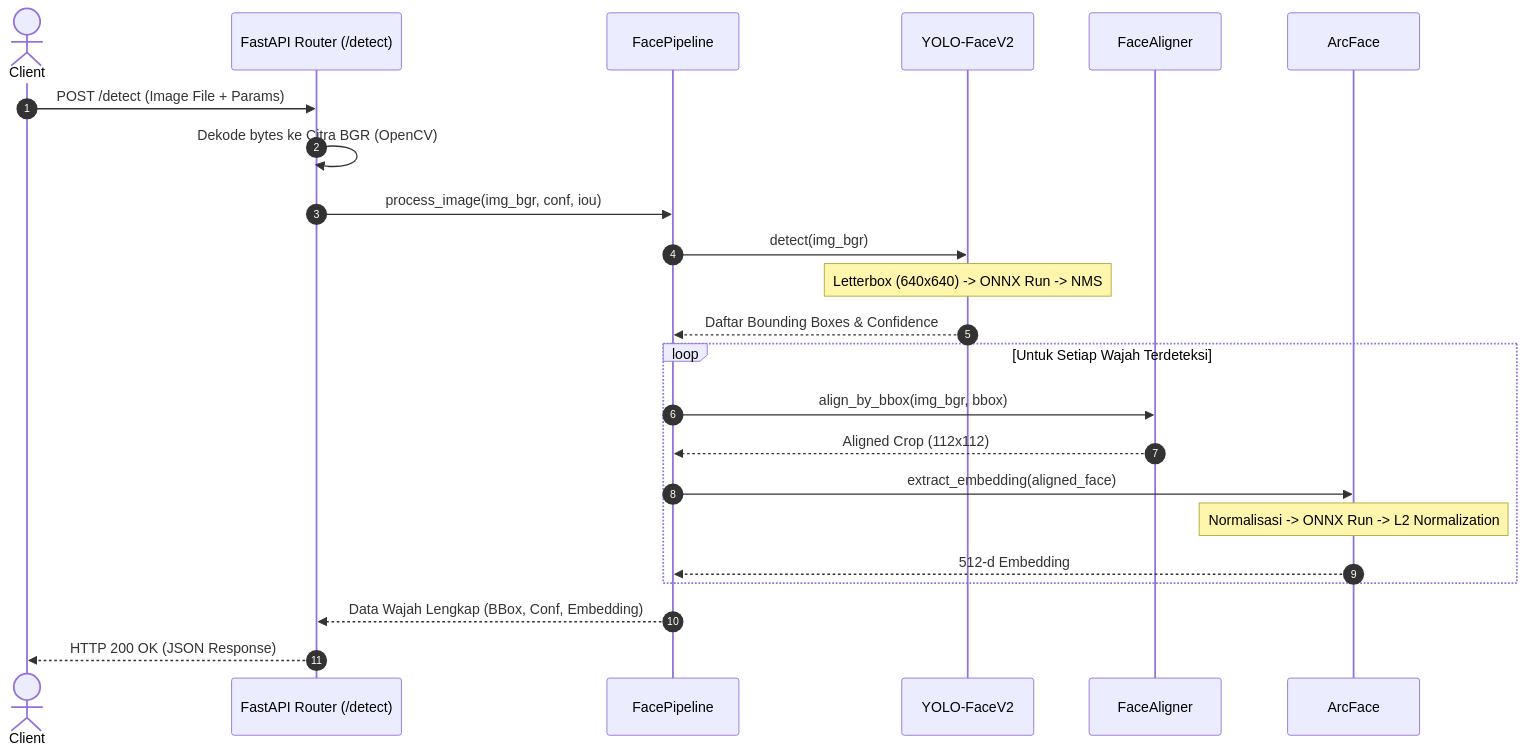
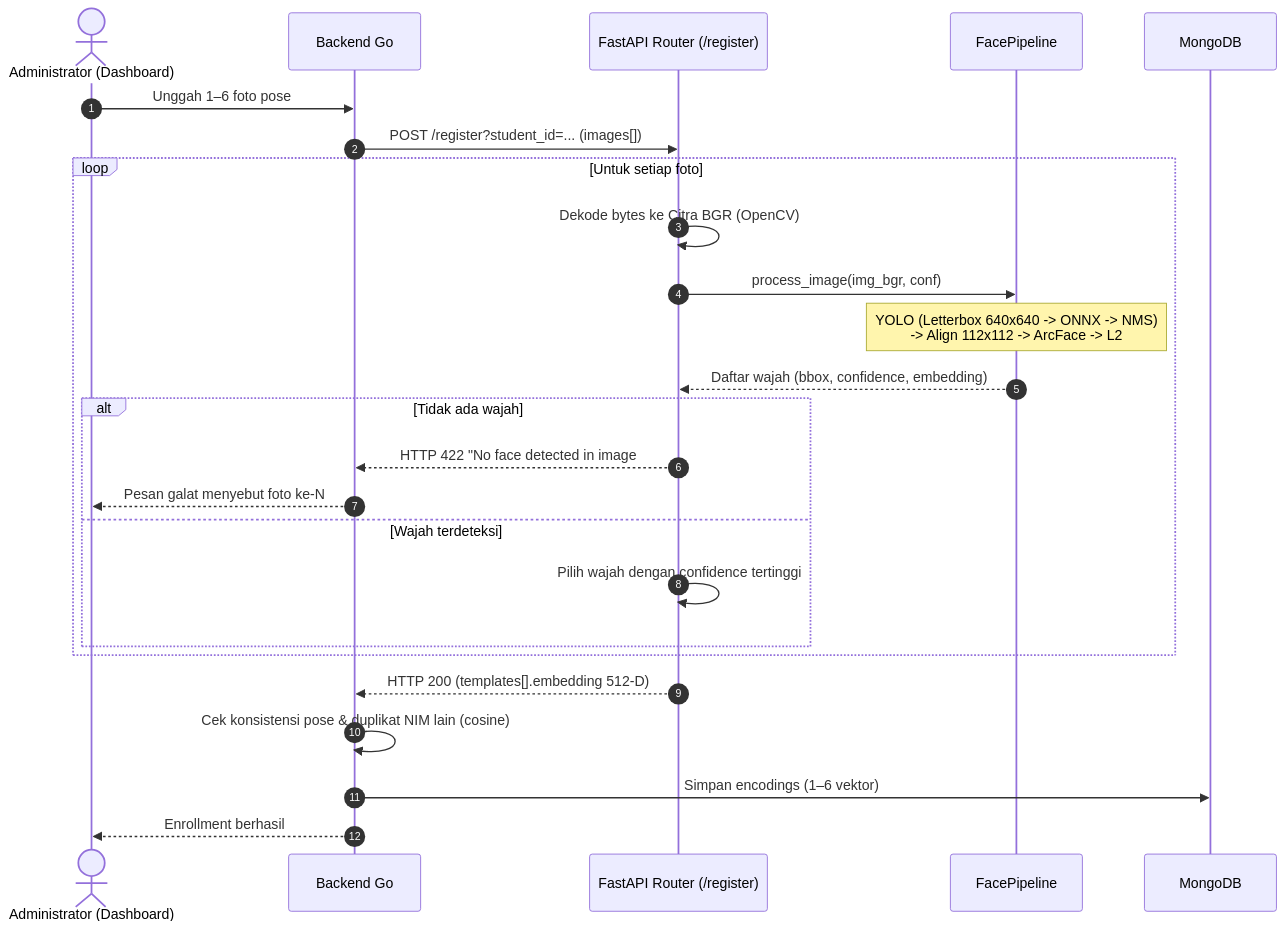
Before and after one commit to AkihikoSaburo/methics: the second of 4 diagrams in services/face/penjelasan.md, drawn with Mermaid. The commit also changed other lines of this file and 33 other files, not shown here.

````diff
--- a/services/face/penjelasan.md
+++ b/services/face/penjelasan.md
@@ -78,26 +89,28 @@
 ```mermaid
 sequenceDiagram
     autonumber
-    actor Client
-    participant API as FastAPI Router (/detect)
+    actor Admin as Administrator (Dashboard)
+    participant Go as Backend Go
+    participant API as FastAPI Router (/register)
     participant Pipe as FacePipeline
-    participant Det as YOLO-FaceV2
-    participant Align as FaceAligner
-    participant Rec as ArcFace
-    
-    Client->>API: POST /detect (Image File + Params)
-    API->>API: Dekode bytes ke Citra BGR (OpenCV)
-    API->>Pipe: process_image(img_bgr, conf, iou)
-    Pipe->>Det: detect(img_bgr)
-    Note over Det: Letterbox (640x640) -> ONNX Run -> NMS
-    Det-->>Pipe: Daftar Bounding Boxes & Confidence
-    loop Untuk Setiap Wajah Terdeteksi
-        Pipe->>Align: align_by_bbox(img_bgr, bbox)
-        Align-->>Pipe: Aligned Crop (112x112)
-        Pipe->>Rec: extract_embedding(aligned_face)
-        Note over Rec: Normalisasi -> ONNX Run -> L2 Normalization
-        Rec-->>Pipe: 512-d Embedding
+    participant DB as MongoDB
+
+    Admin->>Go: Unggah 1–6 foto pose
+    Go->>API: POST /register?student_id=... (images[])
+    loop Untuk setiap foto
+        API->>API: Dekode bytes ke Citra BGR (OpenCV)
+        API->>Pipe: process_image(img_bgr, conf)
+        Note over Pipe: YOLO (Letterbox 640x640 -> ONNX -> NMS)<br/>-> Align 112x112 -> ArcFace -> L2
+        Pipe-->>API: Daftar wajah (bbox, confidence, embedding)
+        alt Tidak ada wajah
+            API-->>Go: HTTP 422 "No face detected in image #N"
+            Go-->>Admin: Pesan galat menyebut foto ke-N
+        else Wajah terdeteksi
+            API->>API: Pilih wajah dengan confidence tertinggi
+        end
     end
-    Pipe-->>API: Data Wajah Lengkap (BBox, Conf, Embedding)
-    API-->>Client: HTTP 200 OK (JSON Response)
+    API-->>Go: HTTP 200 (templates[].embedding 512-D)
+    Go->>Go: Cek konsistensi pose & duplikat NIM lain (cosine)
+    Go->>DB: Simpan encodings (1–6 vektor)
+    Go-->>Admin: Enrollment berhasil
 ```
````
